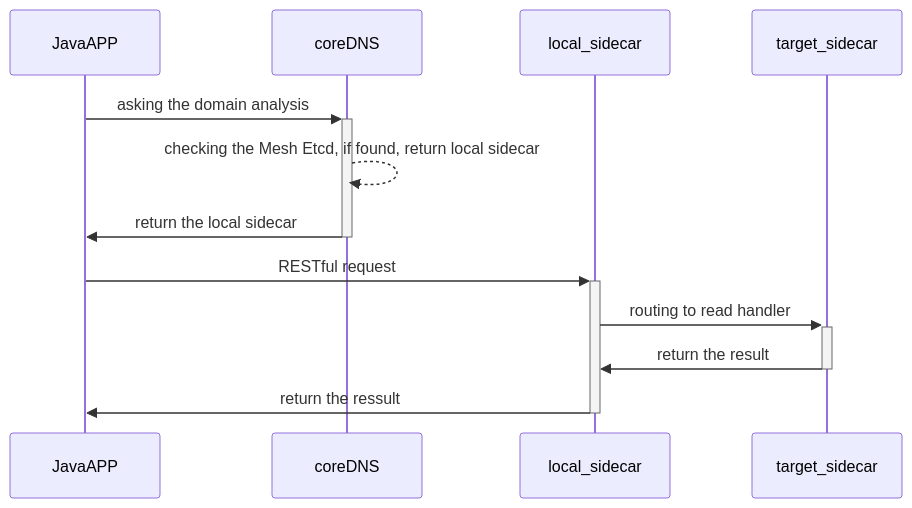
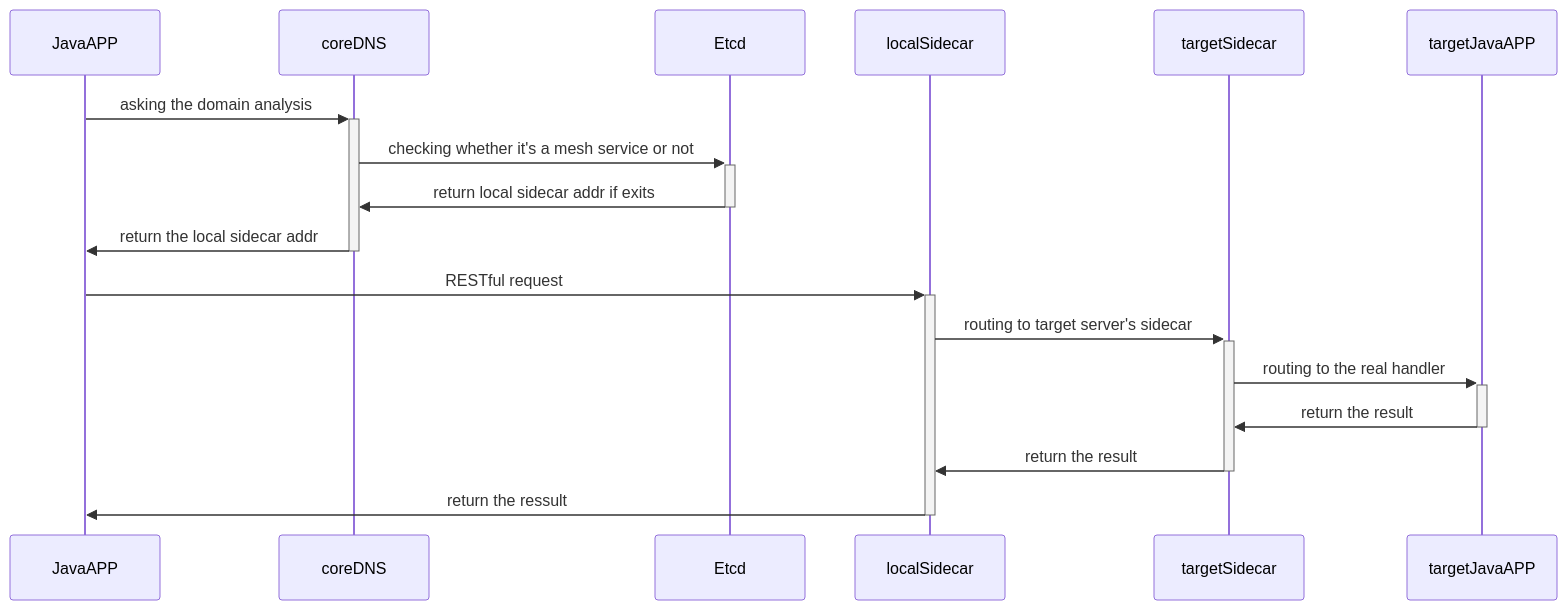
Before and after one commit to megaease/easemesh: the diagram in docs/sidecar_protocol.md, drawn with Mermaid.

Commit message:
[doc] correcting seq diagram

````diff
--- a/docs/sidecar_protocol.md
+++ b/docs/sidecar_protocol.md
@@ -33,11 +33,14 @@
 ``` mermaid
 sequenceDiagram
     JavaAPP ->> +coreDNS : asking the domain analysis
-    coreDNS -->> coreDNS : checking the Mesh Etcd, if found, return local sidecar
-    coreDNS ->>  -JavaAPP : return the local sidecar
-    JavaAPP ->> +local_sidecar : RESTful request
-    local_sidecar ->> +target_sidecar : routing to read handler
-    target_sidecar ->> -local_sidecar: return the result
-    local_sidecar ->> -JavaAPP : return the ressult
+    coreDNS ->> +Etcd : checking whether it's a mesh service or not
+    Etcd ->> -coreDNS : return local sidecar addr if exits
+    coreDNS ->>  -JavaAPP : return the local sidecar addr
+    JavaAPP ->> +localSidecar : RESTful request
+    localSidecar ->> +targetSidecar : routing to target server's sidecar
+    targetSidecar ->> +targetJavaAPP: routing to the real handler
+    targetJavaAPP ->> -targetSidecar: return the result
+    targetSidecar ->> -localSidecar: return the result
+    localSidecar ->> -JavaAPP : return the ressult
 
 ```
````
